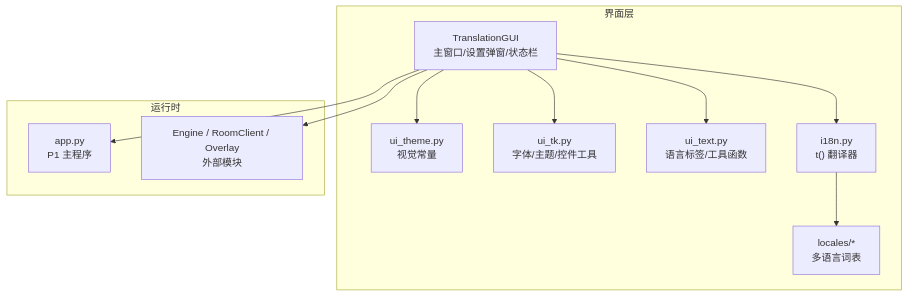
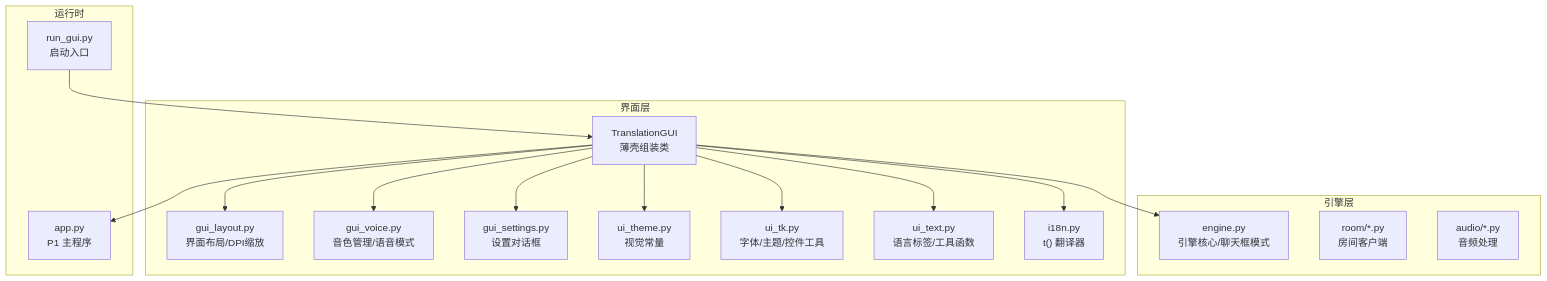
One commit to EMeowAGENT/vrchat-livetranslate changed the first of 7 diagrams in .qoder/repowiki/zh/content/图形用户界面/图形用户界面.md. Above: the diagram before and after it, drawn with Mermaid. The commit also changed other lines of this file and 75 other files, not shown here.

````diff
--- a/.qoder/repowiki/zh/content/图形用户界面/图形用户界面.md
+++ b/.qoder/repowiki/zh/content/图形用户界面/图形用户界面.md
@@ -44,22 +56,32 @@
 ```mermaid
 graph TB
 subgraph "界面层"
-GUI["TranslationGUI<br/>主窗口/设置弹窗/状态栏"]
+GUI["TranslationGUI<br/>薄壳组装类"]
+Layout["gui_layout.py<br/>界面布局/DPI缩放"]
+Voice["gui_voice.py<br/>音色管理/语音模式"]
+Settings["gui_settings.py<br/>设置对话框"]
 Theme["ui_theme.py<br/>视觉常量"]
 TK["ui_tk.py<br/>字体/主题/控件工具"]
 Text["ui_text.py<br/>语言标签/工具函数"]
 I18N["i18n.py<br/>t() 翻译器"]
-Locales["locales/*<br/>多语言词表"]
+end
+subgraph "引擎层"
+Engine["engine.py<br/>引擎核心/聊天框模式"]
+Room["room/*.py<br/>房间客户端"]
+Audio["audio/*.py<br/>音频处理"]
 end
 subgraph "运行时"
 App["app.py<br/>P1 主程序"]
-Engine["Engine / RoomClient / Overlay<br/>外部模块"]
+RunGui["run_gui.py<br/>启动入口"]
 end
+GUI --> Layout
+GUI --> Voice
+GUI --> Settings
 GUI --> Theme
 GUI --> TK
 GUI --> Text
 GUI --> I18N
-I18N --> Locales
+GUI --> Engine
 GUI --> App
-GUI --> Engine
+RunGui --> GUI
 ```
````
